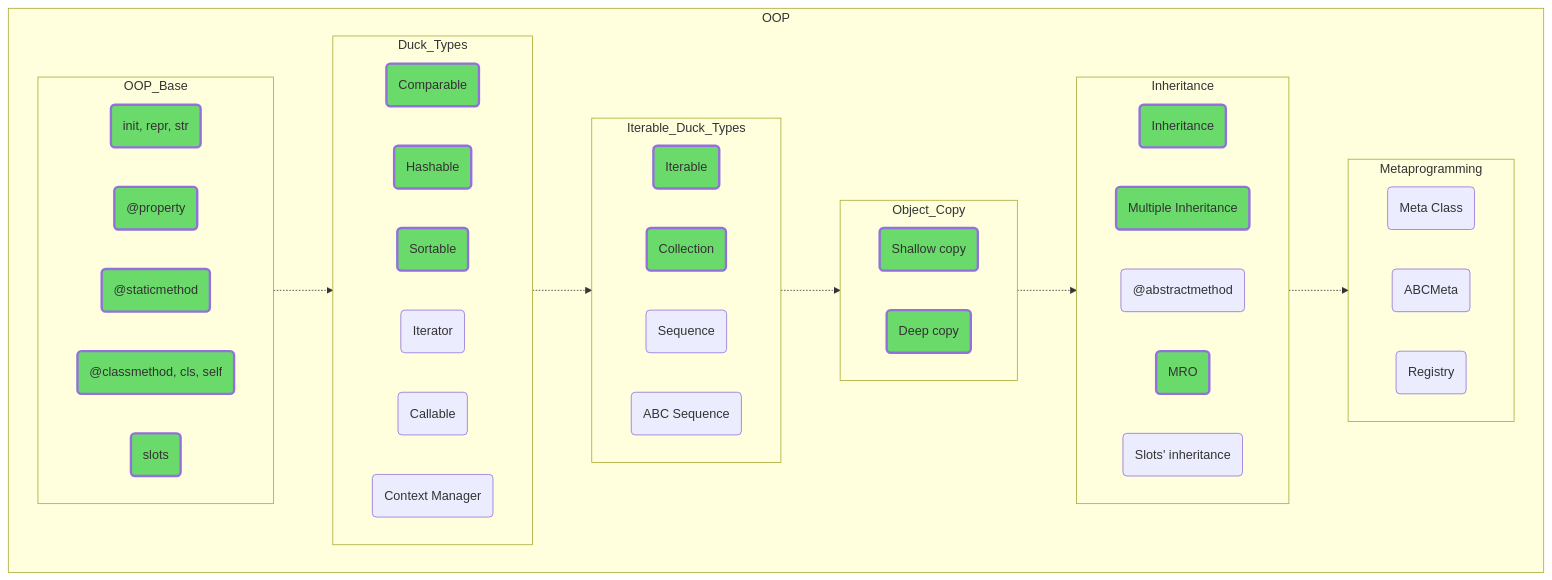
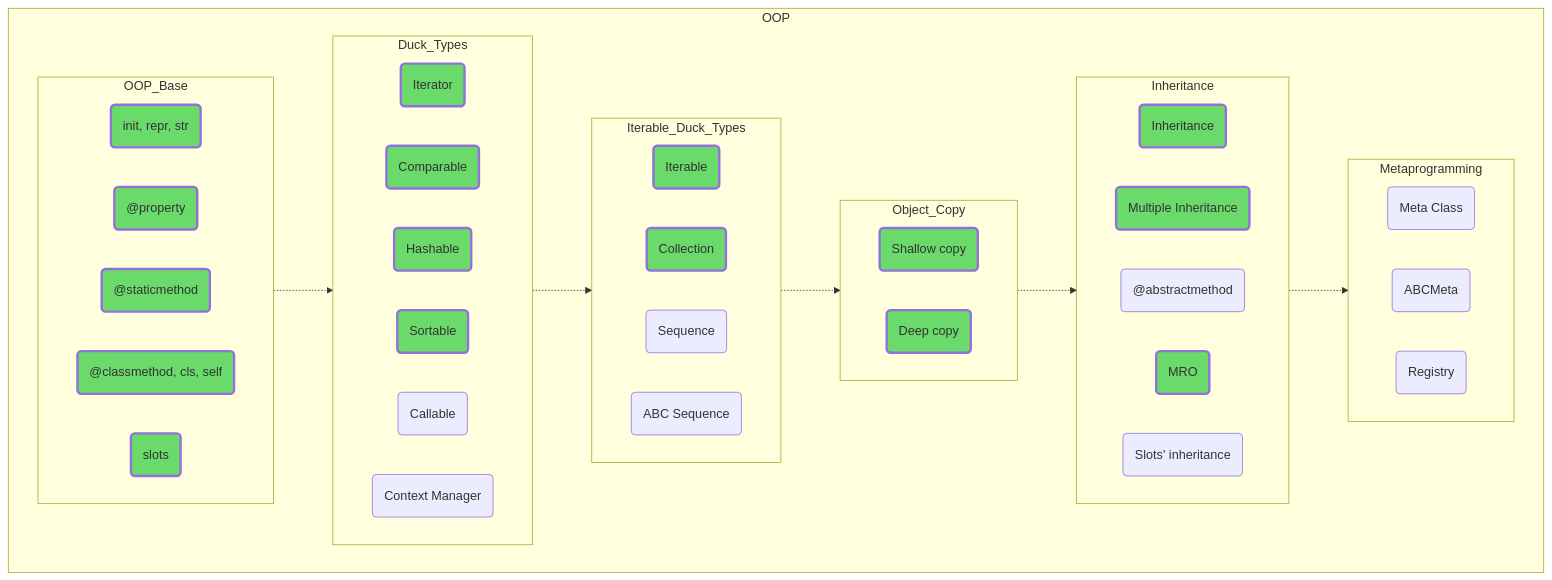
One commit to amaargiru/pyroad changed the fourth of 13 diagrams in readme.md. Above: the diagram before and after it, drawn with Mermaid. The commit also changed other lines of this file and 15 other files, not shown here.

````diff
--- a/readme.md
+++ b/readme.md
@@ -290,76 +290,77 @@
 ```mermaid
 flowchart TD
 
 subgraph OOP
 direction LR
 OOP_Base -.-> Duck_Types -.-> Iterable_Duck_Types -.-> Object_Copy -.->Inheritance -.-> Metaprogramming
 
 subgraph OOP_Base
 direction LR
 oopBase1("init, repr, str")
 oop_property("@property")
 staticmethod("@staticmethod")
 classmethod("@classmethod, cls, self")
 slots(slots)
 end
 
 subgraph Duck_Types
 direction LR
+Iterator(Iterator)
 Comparable(Comparable)
 Hashable(Hashable)
 Sortable(Sortable)
-Iterator(Iterator)
 Callable(Callable)
 dt_Context_Manager("Context Manager")
 end
 
 subgraph Iterable_Duck_Types
 direction LR
 Iterable(Iterable)
 Collection(Collection)
 Sequence(Sequence)
 ABC_Sequence("ABC Sequence")
 end
 
 subgraph Object_Copy
 direction LR
 shallow("Shallow copy")
 deep("Deep copy")
 end
 
 subgraph Inheritance
 direction LR
 objInheritance(Inheritance)
 Multiple_Inheritance("Multiple Inheritance")
 abstractmethod("@abstractmethod")
 MRO(MRO)
 Inheritance_of_slots("Slots' inheritance")
 end
 
 subgraph Metaprogramming
 direction LR
 Metaclass("Meta Class")
 ABCMeta(ABCMeta)
 Registry(Registry)
 end
 
 end
 
 classDef trainee fill:#6ADA6A, stroke-width:3px
 
 class oopBase1 trainee;
 class oop_property trainee;
 class staticmethod trainee;
 class classmethod trainee;
 class slots trainee;
+class Iterator trainee;
 class Comparable trainee;
 class Hashable trainee;
 class Sortable trainee;
 class Iterable trainee;
 class Collection trainee;
 class shallow trainee;
 class deep trainee;
 class objInheritance trainee;
 class Multiple_Inheritance trainee;
 class MRO trainee;
 ```
````
